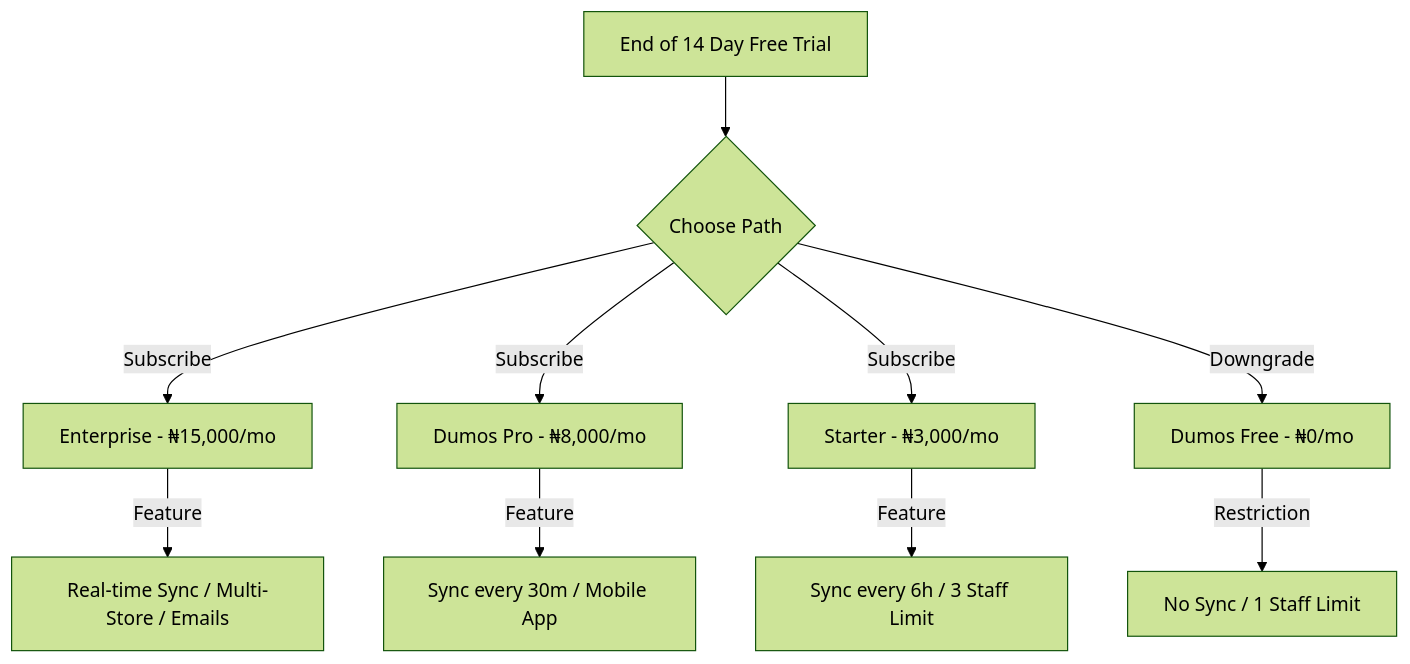
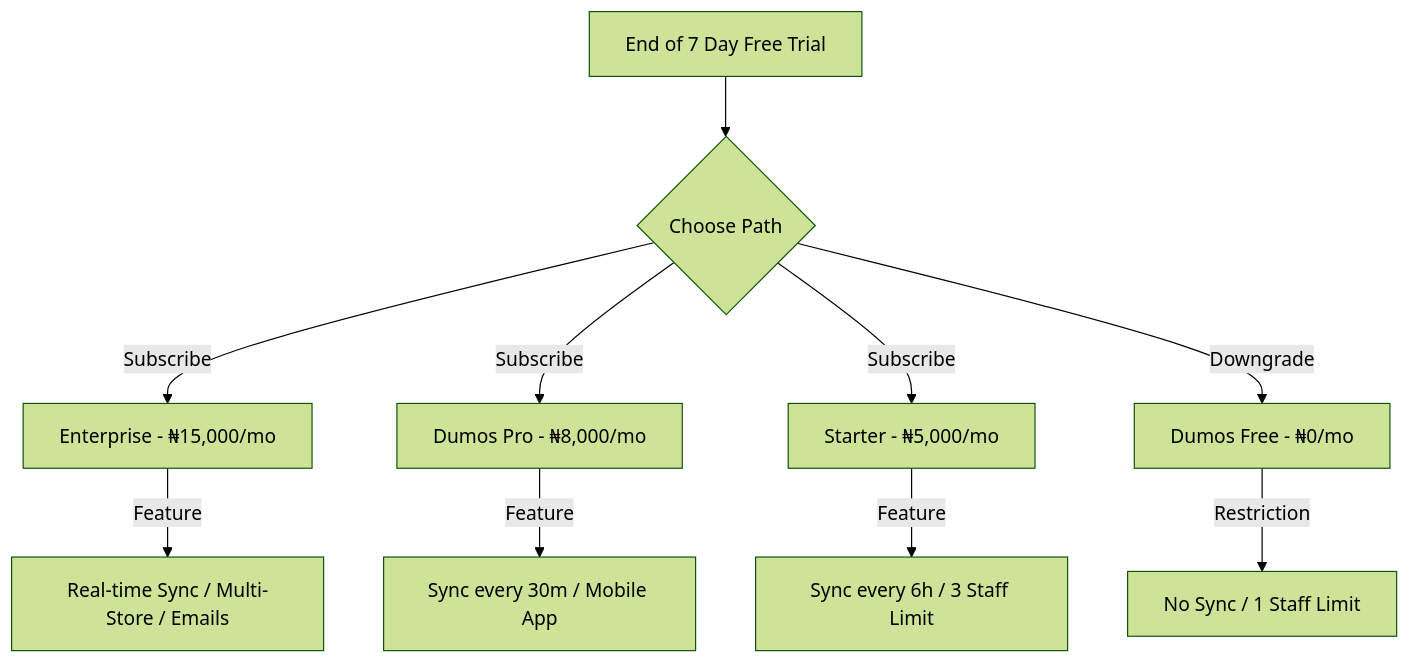
One commit to Pikarestiv/DumosRx changed the diagram in docs/GTM_STRATEGY.md. Above: the diagram before and after it, drawn with Mermaid (forest theme). The commit also changed other lines of this file and 4 other files, not shown here.

````diff
--- a/docs/GTM_STRATEGY.md
+++ b/docs/GTM_STRATEGY.md
@@ -19,13 +19,13 @@
 ```mermaid
 graph TD
-    A[End of 14 Day Free Trial] --> B{Choose Path}
+    A[End of 7 Day Free Trial] --> B{Choose Path}
     B -->|Subscribe| C[Enterprise - ₦15,000/mo]
     B -->|Subscribe| D[Dumos Pro - ₦8,000/mo]
-    B -->|Subscribe| E[Starter - ₦3,000/mo]
+    B -->|Subscribe| E[Starter - ₦5,000/mo]
     B -->|Downgrade| F[Dumos Free - ₦0/mo]
     
     C -->|Feature| C1[Real-time Sync / Multi-Store / Emails]
     D -->|Feature| D1[Sync every 30m / Mobile App]
     E -->|Feature| E1[Sync every 6h / 3 Staff Limit]
     F -->|Restriction| F1[No Sync / 1 Staff Limit]
 ```
````
